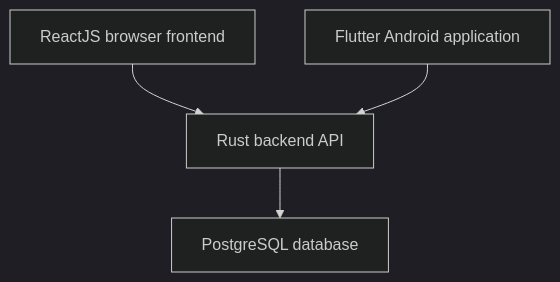
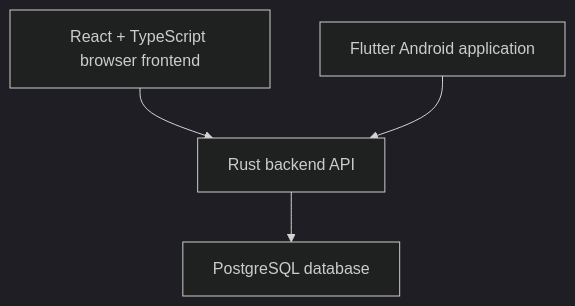
Before and after one commit to Haj-Dev/AREHAJ: the diagram in docs/ADR/README.md, drawn with Mermaid (dark theme). The commit also changed other lines of this file and 15 other files, not shown here.

````diff
--- a/docs/ADR/README.md
+++ b/docs/ADR/README.md
@@ -16,6 +16,6 @@
 ```mermaid
 graph TD
-    A[ReactJS browser frontend] --> C[Rust backend API]
+    A[React + TypeScript browser frontend] --> C[Rust backend API]
     B[Flutter Android application] --> C
     C --> D[PostgreSQL database]
 ```
````
